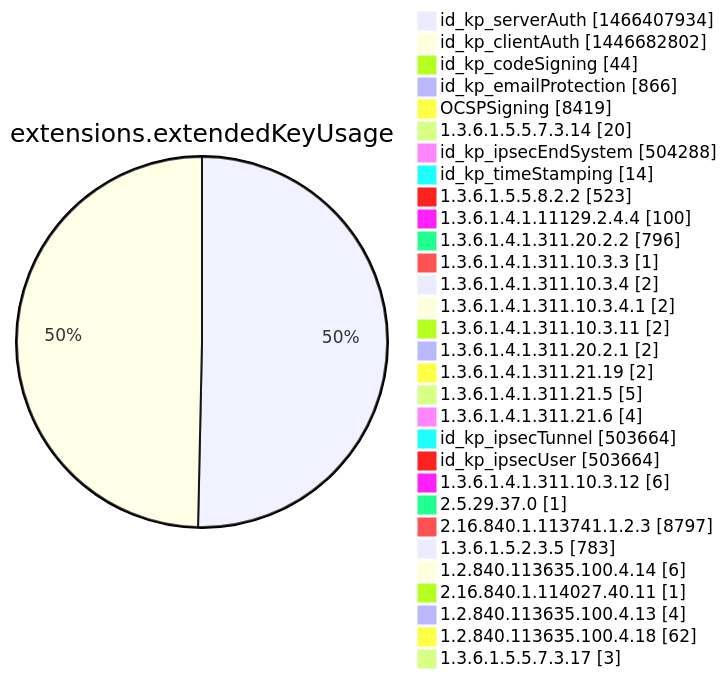
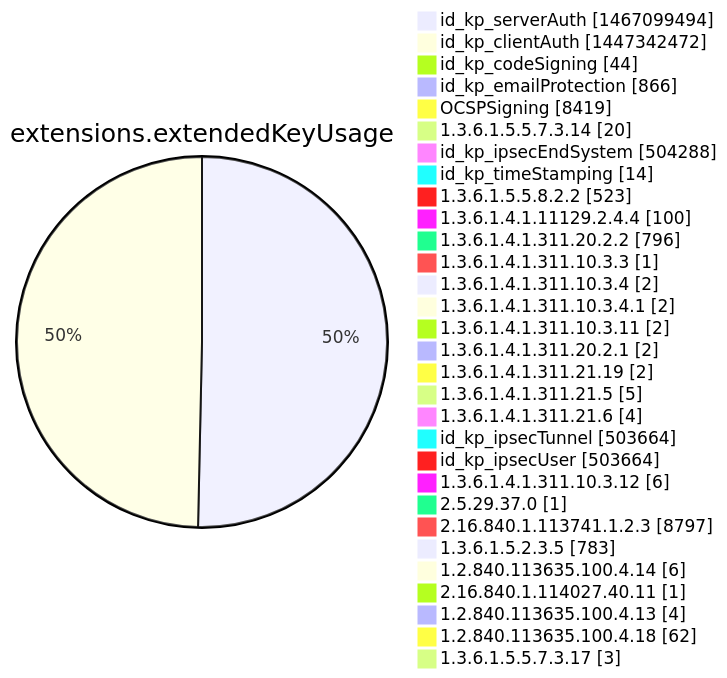
Before and after one commit to christiankrug/ctmonitor_visualization: diagram 12 of 15 in argon2022/README.md, drawn with Mermaid. The commit also changed other lines of this file, not shown here.

````diff
--- a/argon2022/README.md
+++ b/argon2022/README.md
@@ -3555,34 +3555,34 @@
 ```mermaid
 pie showData
 title extensions.extendedKeyUsage
-"id_kp_serverAuth" :1466407934
-"id_kp_clientAuth" :1446682802
+"id_kp_serverAuth" :1467099494
+"id_kp_clientAuth" :1447342472
 "id_kp_codeSigning" :44
 "id_kp_emailProtection" :866
 "OCSPSigning" :8419
 "1.3.6.1.5.5.7.3.14" :20
 "id_kp_ipsecEndSystem" :504288
 "id_kp_timeStamping" :14
 "1.3.6.1.5.5.8.2.2" :523
 "1.3.6.1.4.1.11129.2.4.4" :100
 "1.3.6.1.4.1.311.20.2.2" :796
 "1.3.6.1.4.1.311.10.3.3" :1
 "1.3.6.1.4.1.311.10.3.4" :2
 "1.3.6.1.4.1.311.10.3.4.1" :2
 "1.3.6.1.4.1.311.10.3.11" :2
 "1.3.6.1.4.1.311.20.2.1" :2
 "1.3.6.1.4.1.311.21.19" :2
 "1.3.6.1.4.1.311.21.5" :5
 "1.3.6.1.4.1.311.21.6" :4
 "id_kp_ipsecTunnel" :503664
 "id_kp_ipsecUser" :503664
 "1.3.6.1.4.1.311.10.3.12" :6
 "2.5.29.37.0" :1
 "2.16.840.1.113741.1.2.3" :8797
 "1.3.6.1.5.2.3.5" :783
 "1.2.840.113635.100.4.14" :6
 "2.16.840.1.114027.40.11" :1
 "1.2.840.113635.100.4.13" :4
 "1.2.840.113635.100.4.18" :62
 "1.3.6.1.5.5.7.3.17" :3
 ```
````
